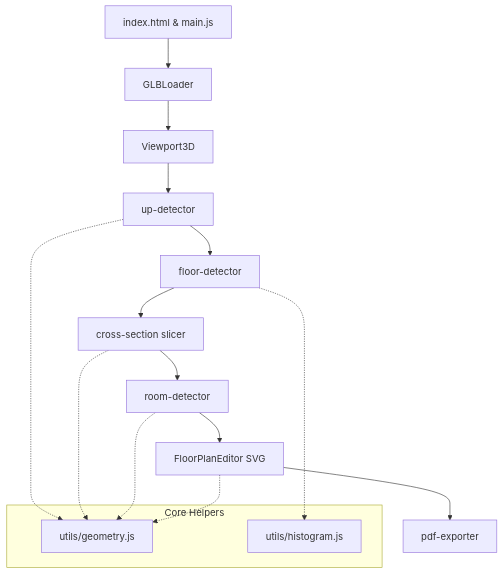
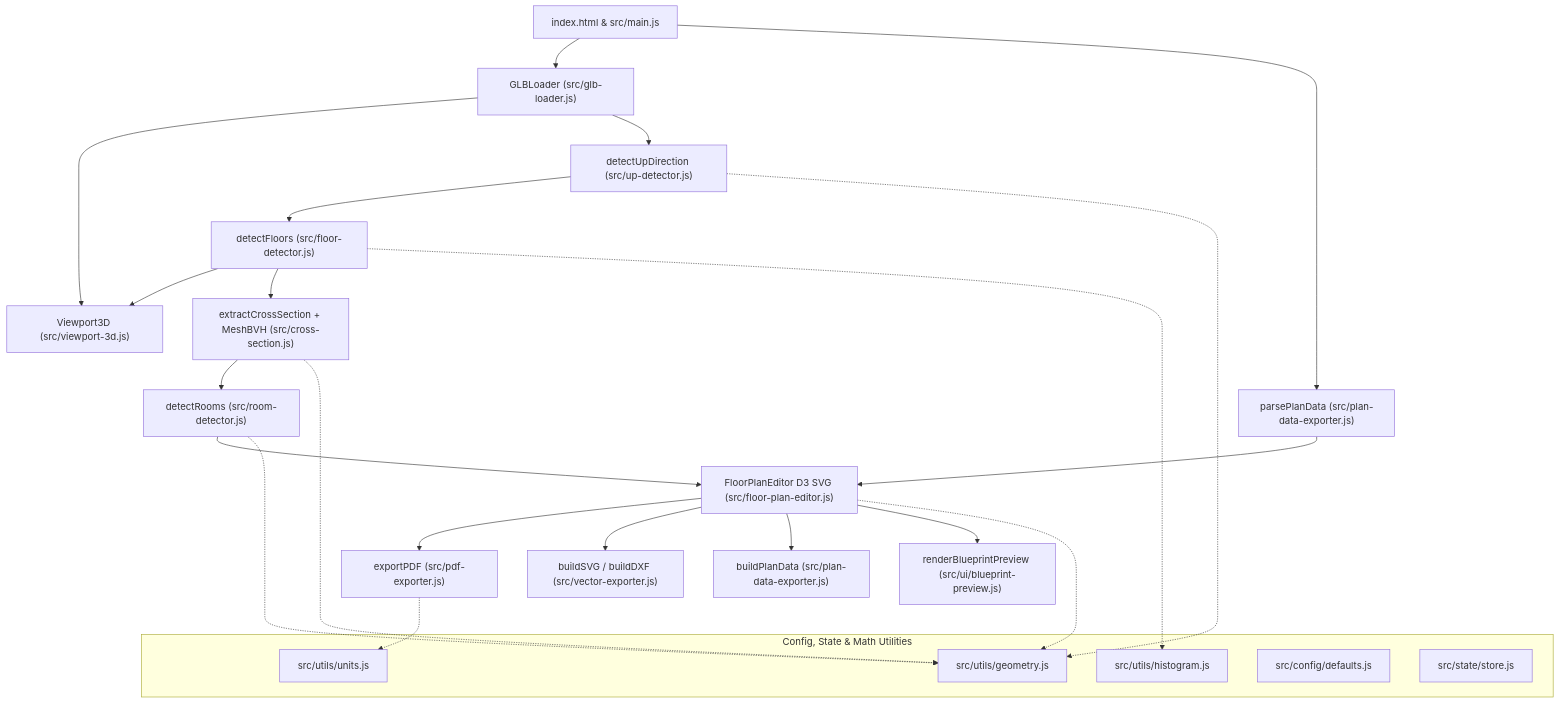
Before and after one commit to gavinfischer-keenan/GLB_PDF_floorplan: the diagram in architecture.md, drawn with Mermaid. The commit also changed other lines of this file and 33 other files, not shown here.

Commit message:
feat: CAD drafting, multi-floor/format support, vector/PDF exports, and code-splitting

````diff
--- a/architecture.md
+++ b/architecture.md
@@ -11,22 +11,32 @@
 ```mermaid
-graph TD
-    A[index.html & main.js] --> B[GLBLoader]
-    B --> C[Viewport3D]
-    C --> D[up-detector]
-    D --> E[floor-detector]
-    E --> F[cross-section slicer]
-    F --> G[room-detector]
-    G --> H[FloorPlanEditor SVG]
-    H --> I[pdf-exporter]
-    
-    subgraph Core Helpers
-        J[utils/geometry.js]
-        K[utils/histogram.js]
+flowchart TD
+    A["index.html & src/main.js"] --> B["GLBLoader (src/glb-loader.js)"]
+    A --> P["parsePlanData (src/plan-data-exporter.js)"]
+    B --> C["Viewport3D (src/viewport-3d.js)"]
+    B --> D["detectUpDirection (src/up-detector.js)"]
+    D --> E["detectFloors (src/floor-detector.js)"]
+    E --> C
+    E --> F["extractCrossSection + MeshBVH (src/cross-section.js)"]
+    F --> G["detectRooms (src/room-detector.js)"]
+    G --> H["FloorPlanEditor D3 SVG (src/floor-plan-editor.js)"]
+    P --> H
+    H --> I["exportPDF (src/pdf-exporter.js)"]
+    H --> J["buildSVG / buildDXF (src/vector-exporter.js)"]
+    H --> K["buildPlanData (src/plan-data-exporter.js)"]
+    H --> L["renderBlueprintPreview (src/ui/blueprint-preview.js)"]
+
+    subgraph SharedCore ["Config, State & Math Utilities"]
+        U1["src/utils/geometry.js"]
+        U2["src/utils/histogram.js"]
+        U3["src/utils/units.js"]
+        S1["src/config/defaults.js"]
+        S2["src/state/store.js"]
     end
-    
-    D -.-> J
-    E -.-> K
-    F -.-> J
-    G -.-> J
-    H -.-> J
+
+    D -.-> U1
+    E -.-> U2
+    F -.-> U1
+    G -.-> U1
+    H -.-> U1
+    I -.-> U3
 ```
````
